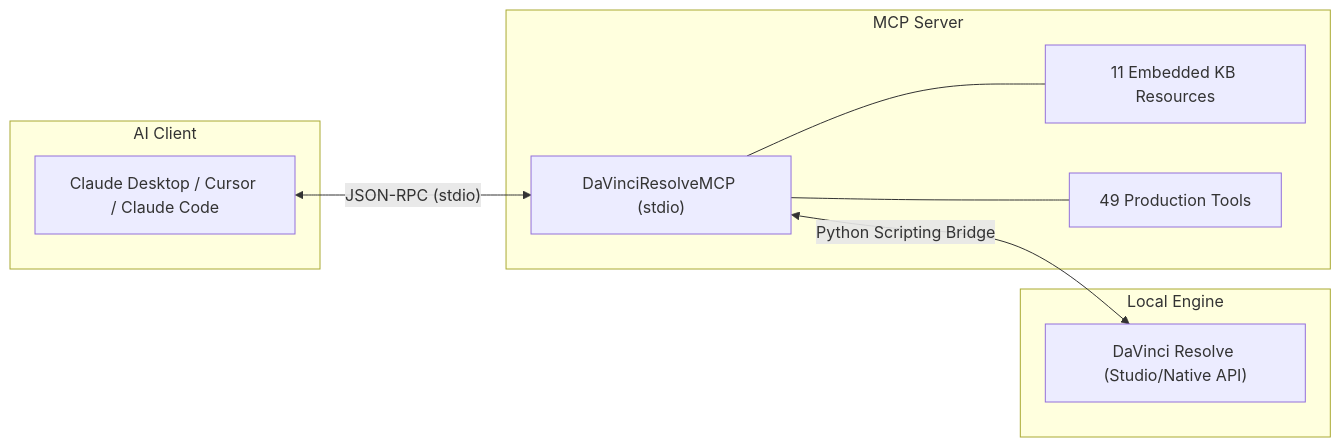
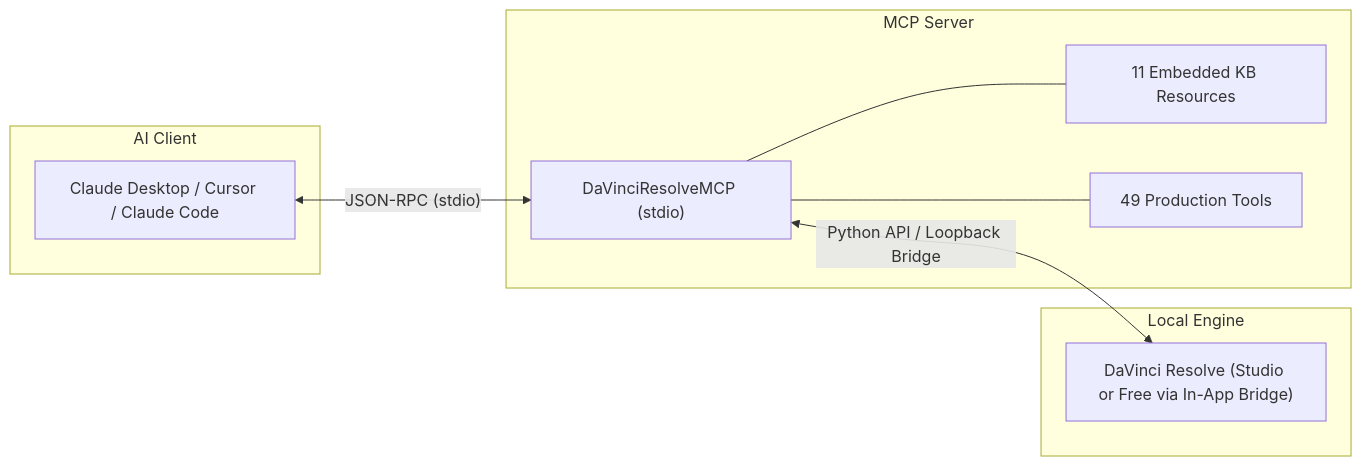
One commit to au-yong/davinci-resolve-mcp changed the diagram in README.md. Above: the diagram before and after it, drawn with Mermaid. The commit also changed other lines of this file and 5 other files, not shown here.

Commit message:
Add full support for DaVinci Resolve Free edition via In-App Loopback Bridge

````diff
--- a/README.md
+++ b/README.md
@@ -15,21 +15,21 @@
 ```mermaid
 flowchart LR
     subgraph AI Client
         A["Claude Desktop / Cursor / Claude Code"]
     end
 
     subgraph MCP Server
         B["DaVinciResolveMCP (stdio)"]
         D["11 Embedded KB Resources"]
         E["49 Production Tools"]
     end
 
     subgraph Local Engine
-        C["DaVinci Resolve (Studio/Native API)"]
+        C["DaVinci Resolve (Studio or Free via In-App Bridge)"]
     end
 
     A <-->|"JSON-RPC (stdio)"| B
     B --- D
     B --- E
-    B <-->|"Python Scripting Bridge"| C
+    B <-->|"Python API / Loopback Bridge"| C
 ```
````
